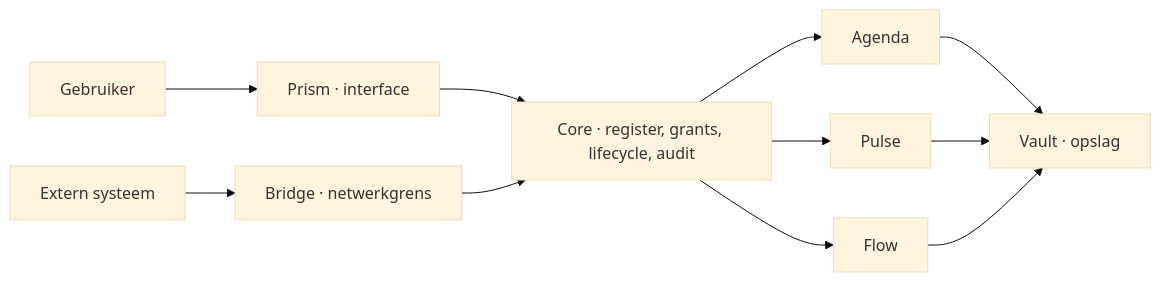
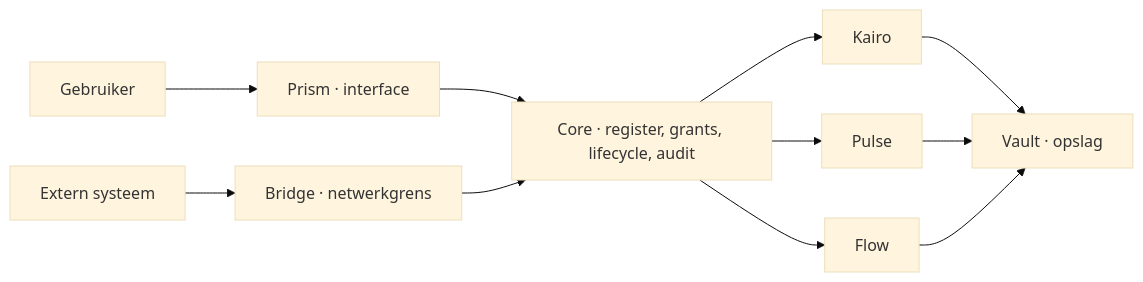
The diagram in docs/nl/README.md (julianra/ivy-public), drawn with Mermaid (base theme) before and after one commit. The commit also changed other lines of this file and 11 other files, not shown here.

Commit message:
Rename Agenda references to Kairo

````diff
--- a/docs/nl/README.md
+++ b/docs/nl/README.md
@@ -57,13 +57,13 @@
 ```mermaid
 flowchart LR
     User["Gebruiker"] --> Prism["Prism · interface"]
     External["Extern systeem"] --> Bridge["Bridge · netwerkgrens"]
     Prism --> Core["Core · register, grants, lifecycle, audit"]
     Bridge --> Core
-    Core --> Agenda["Agenda"]
+    Core --> Kairo["Kairo"]
     Core --> Pulse["Pulse"]
     Core --> Flow["Flow"]
-    Agenda --> Vault["Vault · opslag"]
+    Kairo --> Vault["Vault · opslag"]
     Pulse --> Vault
     Flow --> Vault
 ```
````
